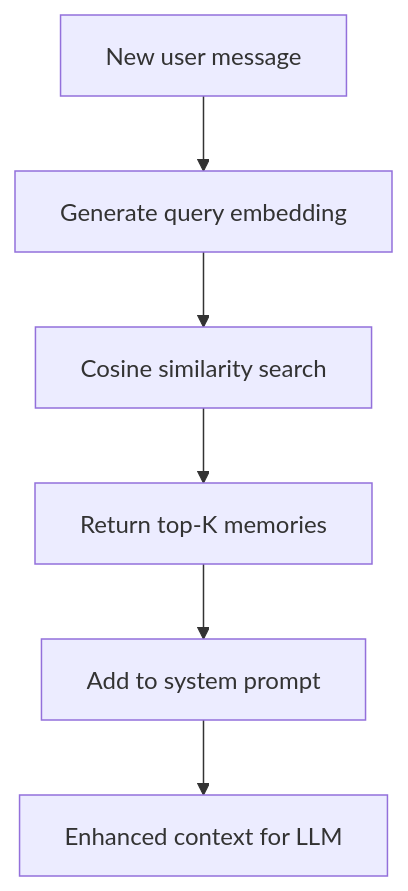
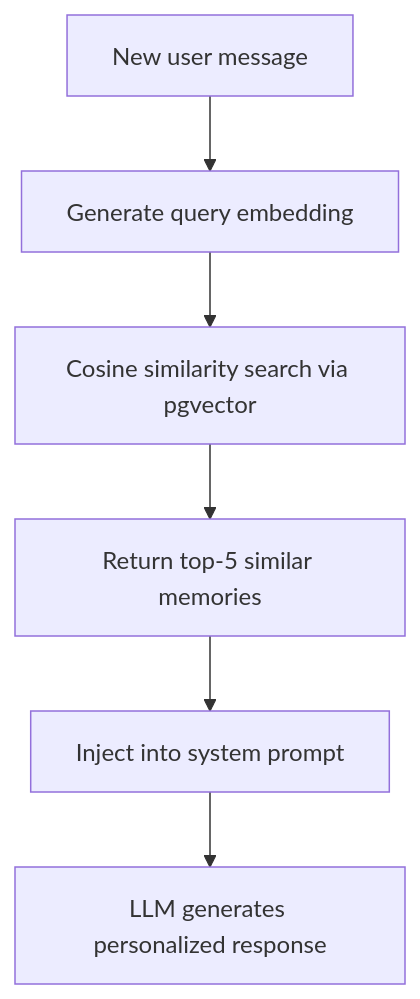
Before and after one commit to tekkno89/alfred-pa: the third of 3 diagrams in .claude/diagrams/memory-flow.md, drawn with Mermaid. The commit also changed other lines of this file and 27 other files, not shown here.

First line of the commit message:
feat: Implement Phase 4 memory system with semantic search

````diff
--- a/.claude/diagrams/memory-flow.md
+++ b/.claude/diagrams/memory-flow.md
@@ -20,8 +44,8 @@
 ```mermaid
 graph TD
     A[New user message] --> B[Generate query embedding]
-    B --> C[Cosine similarity search]
-    C --> D[Return top-K memories]
-    D --> E[Add to system prompt]
-    E --> F[Enhanced context for LLM]
+    B --> C[Cosine similarity search via pgvector]
+    C --> D[Return top-5 similar memories]
+    D --> E[Inject into system prompt]
+    E --> F[LLM generates personalized response]
 ```
````
